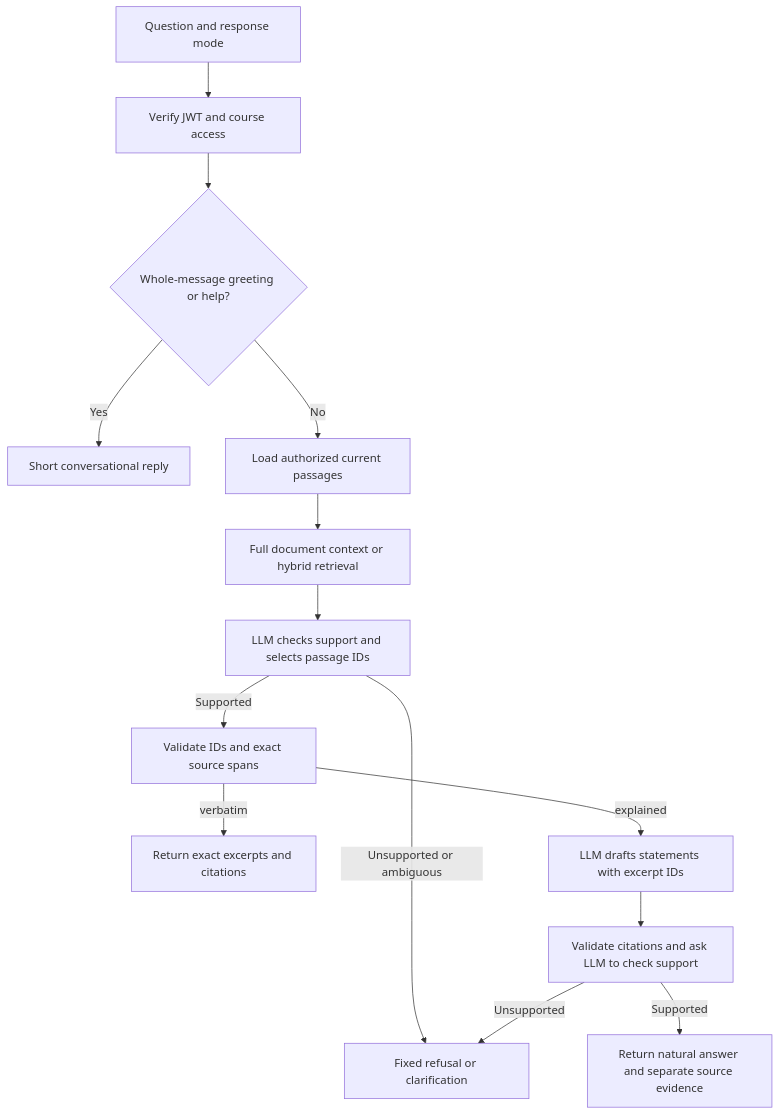
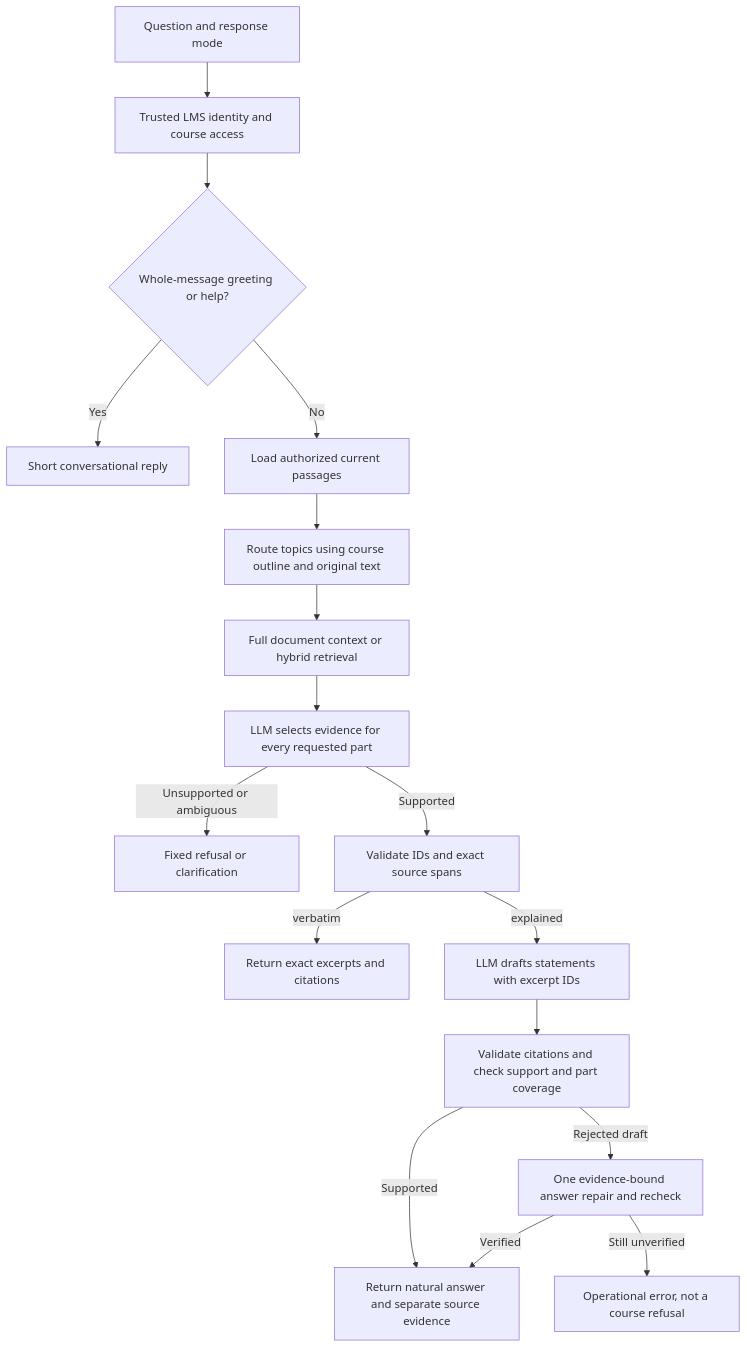
One commit to Hemenam/GetRetrieved changed the diagram in README.md. Above: the diagram before and after it, drawn with Mermaid. The commit also changed other lines of this file and 128 other files, not shown here.

````diff
--- a/README.md
+++ b/README.md
@@ -42,16 +57,19 @@
 ```mermaid
 flowchart TD
-    A[Question and response mode] --> B[Verify JWT and course access]
+    A[Question and response mode] --> B[Trusted LMS identity and course access]
     B --> S{Whole-message greeting or help?}
     S -->|Yes| T[Short conversational reply]
     S -->|No| C[Load authorized current passages]
-    C --> D[Full document context or hybrid retrieval]
-    D --> E[LLM checks support and selects passage IDs]
+    C --> P[Route topics using course outline and original text]
+    P --> D[Full document context or hybrid retrieval]
+    D --> E[LLM selects evidence for every requested part]
     E -->|Unsupported or ambiguous| F[Fixed refusal or clarification]
     E -->|Supported| G[Validate IDs and exact source spans]
     G -->|verbatim| H[Return exact excerpts and citations]
     G -->|explained| I[LLM drafts statements with excerpt IDs]
-    I --> J[Validate citations and ask LLM to check support]
+    I --> J[Validate citations and check support and part coverage]
     J -->|Supported| K[Return natural answer and separate source evidence]
-    J -->|Unsupported| F
+    J -->|Rejected draft| R[One evidence-bound answer repair and recheck]
+    R -->|Verified| K
+    R -->|Still unverified| X[Operational error, not a course refusal]
 ```
````
